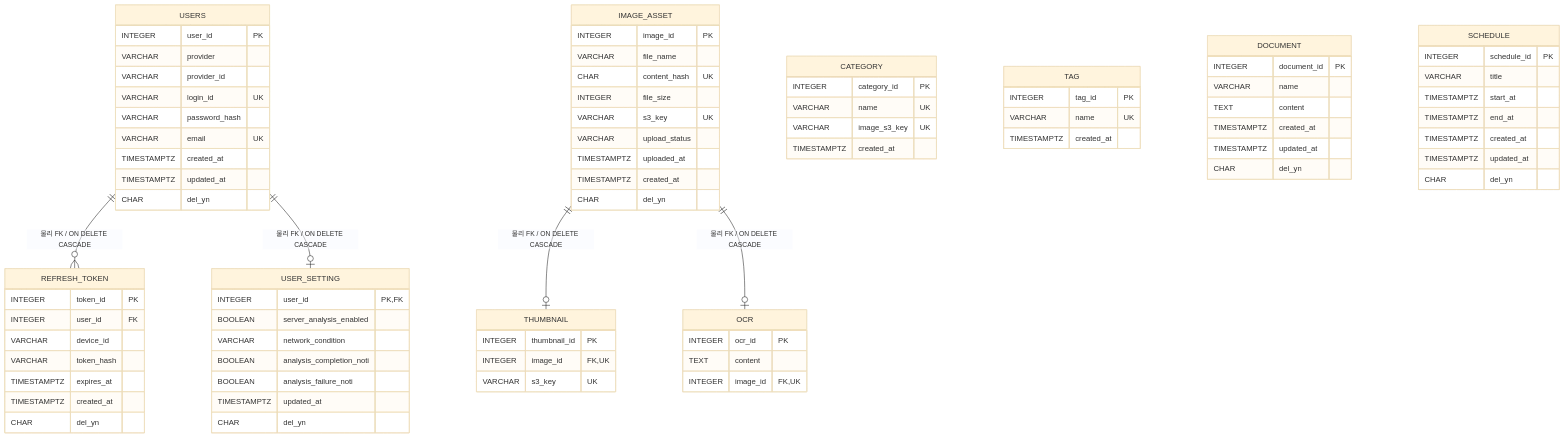
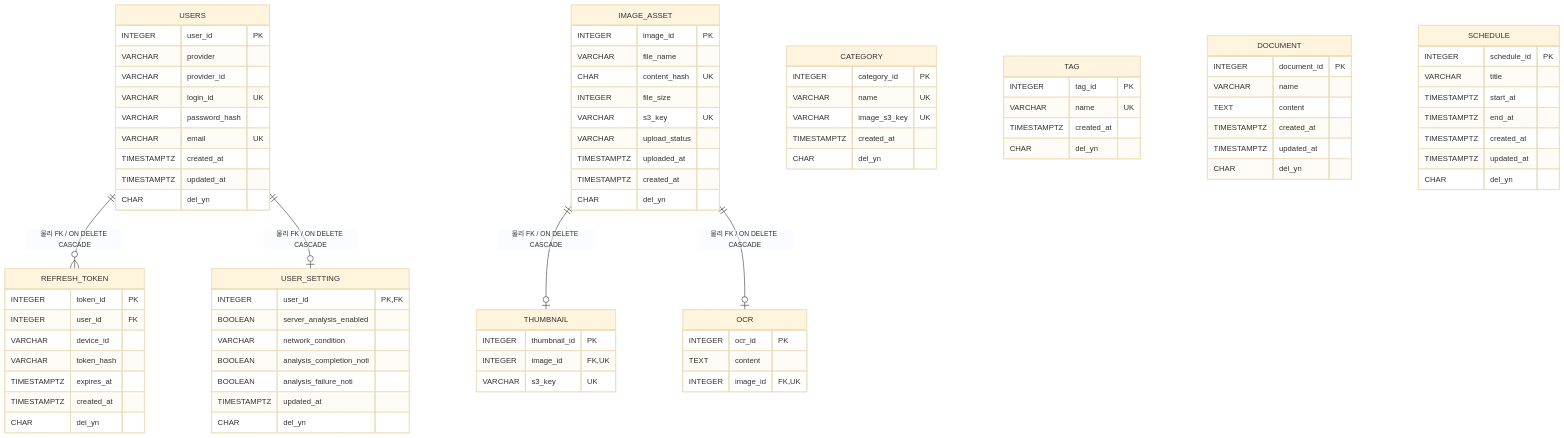
Before and after one commit to hantawon123/MODERA: the first of 4 diagrams in backend/docs/database-erd.md, drawn with Mermaid (base theme). The commit also changed other lines of this file and 2 other files, not shown here.

```diff
--- a/backend/docs/database-erd.md
+++ b/backend/docs/database-erd.md
@@ -97,12 +98,14 @@
         VARCHAR name UK
         VARCHAR image_s3_key UK
         TIMESTAMPTZ created_at
+        CHAR del_yn
     }
 
     TAG {
         INTEGER tag_id PK
         VARCHAR name UK
         TIMESTAMPTZ created_at
+        CHAR del_yn
     }
 
     DOCUMENT {
```
